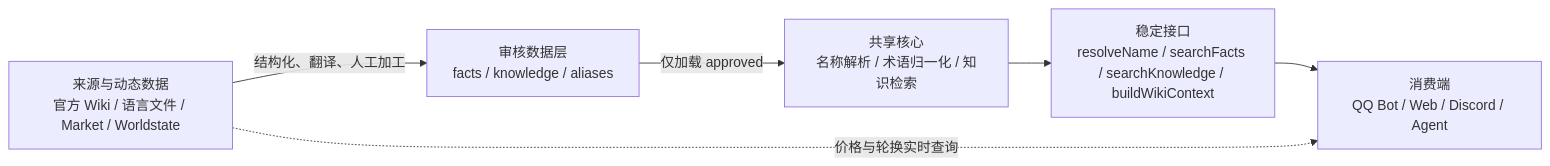
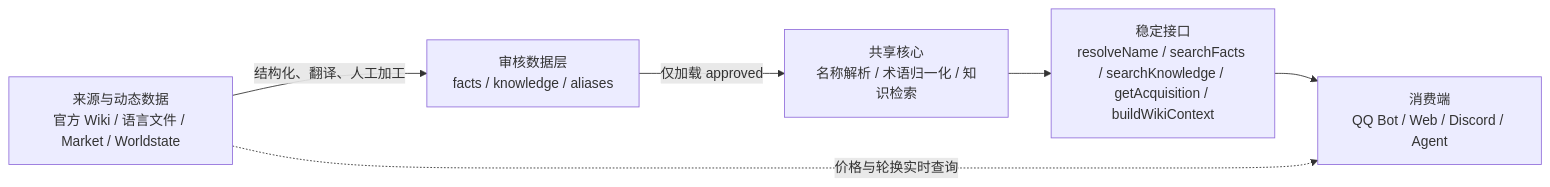
The first of 6 diagrams in ARCHITECTURE.md (sharrkkunjang-baka/warframe-knowledge-core), drawn with Mermaid before and after one commit. The commit also changed other lines of this file and 84 other files, not shown here.

First line of the commit message:
Add official Mod catalog and reusable acquisition knowledge

````diff
--- a/ARCHITECTURE.md
+++ b/ARCHITECTURE.md
@@ -7,14 +7,14 @@
 ```mermaid
 flowchart LR
   Sources["来源与动态数据\n官方 Wiki / 语言文件 / Market / Worldstate"]
   Data["审核数据层\nfacts / knowledge / aliases"]
   Core["共享核心\n名称解析 / 术语归一化 / 知识检索"]
-  API["稳定接口\nresolveName / searchFacts / searchKnowledge / buildWikiContext"]
+  API["稳定接口\nresolveName / searchFacts / searchKnowledge / getAcquisition / buildWikiContext"]
   Consumers["消费端\nQQ Bot / Web / Discord / Agent"]
 
   Sources -->|"结构化、翻译、人工加工"| Data
   Data -->|"仅加载 approved"| Core
   Core --> API
   API --> Consumers
   Sources -.->|"价格与轮换实时查询"| Consumers
 ```
````
